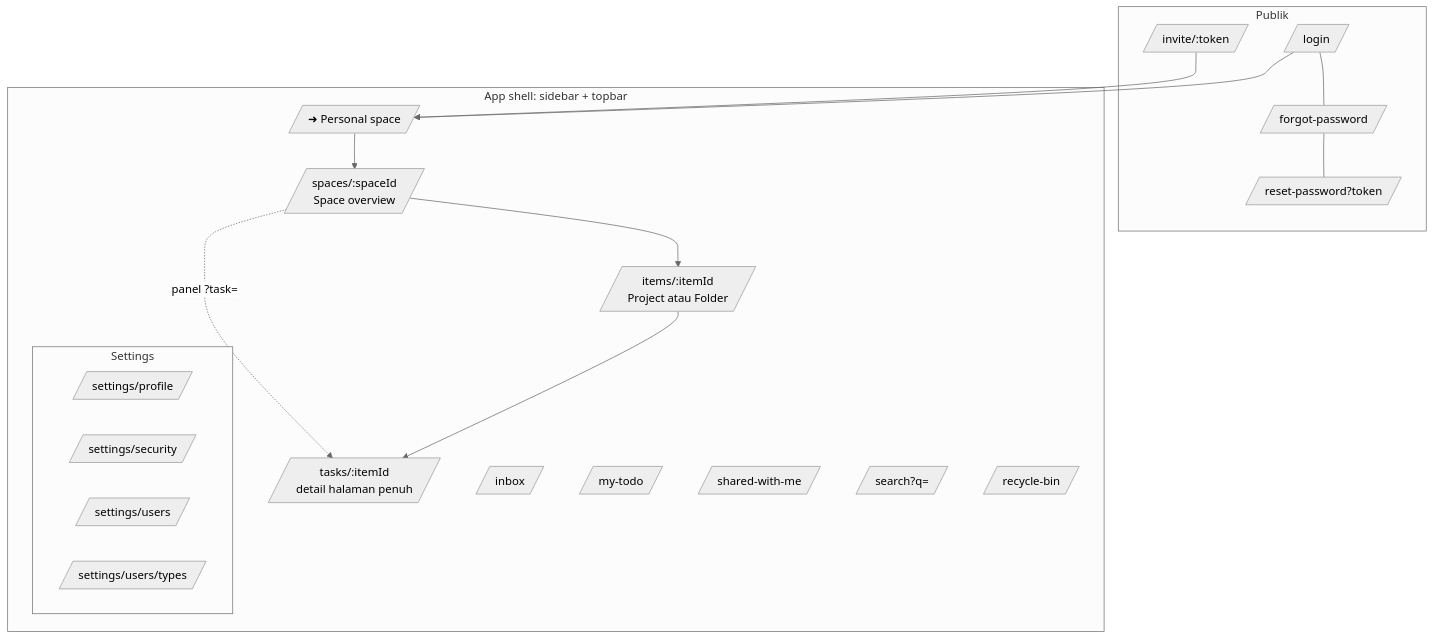
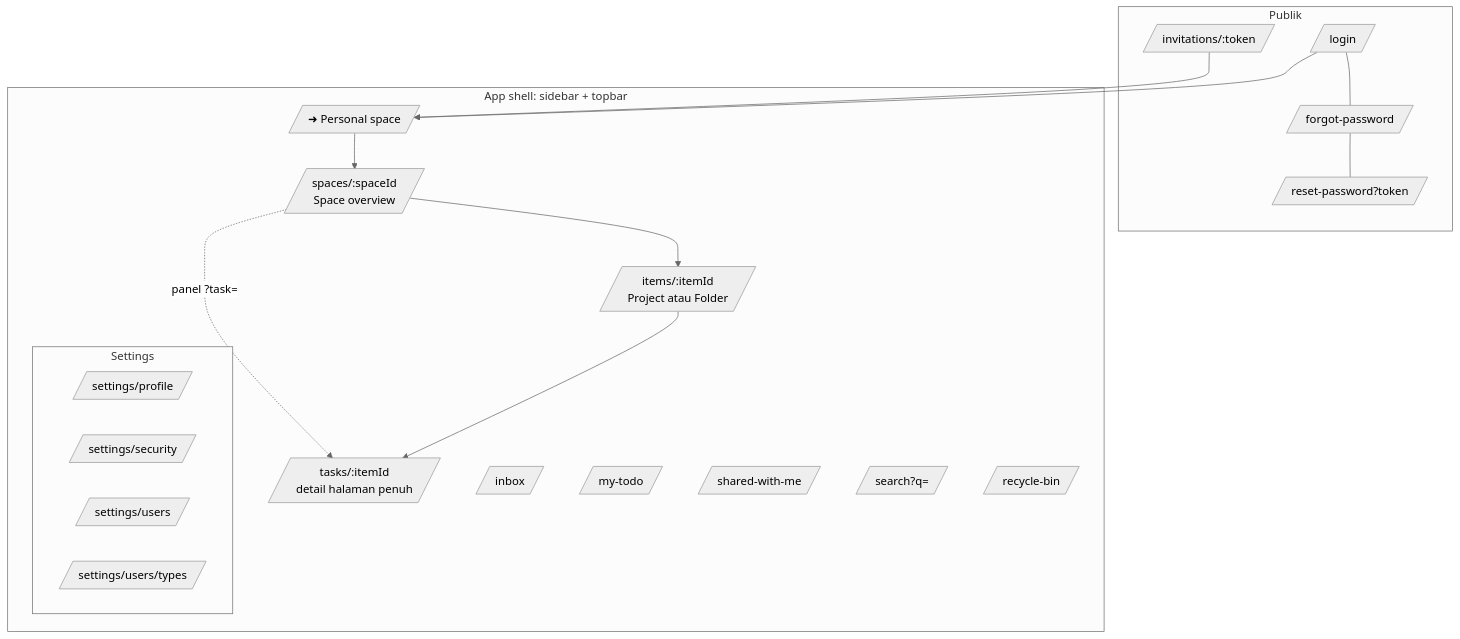
One commit to anissaefuddin/pms changed the first of 5 diagrams in docs/UI_SPEC.md. Above: the diagram before and after it, drawn with Mermaid (neutral theme). The commit also changed other lines of this file and 10 other files, not shown here.

````diff
--- a/docs/UI_SPEC.md
+++ b/docs/UI_SPEC.md
@@ -16,29 +16,29 @@
 ```mermaid
 flowchart TD
     subgraph Publik
       L[/login/] --- FP[/forgot-password/]
       FP --- RP[/reset-password?token/]
-      INV[/invite/:token/]
+      INV[/invitations/:token/]
     end
     subgraph Aplikasi[App shell: sidebar + topbar]
       H[/ ➜ Personal space/]
       SP[/spaces/:spaceId<br/>Space overview/]
       IT[/items/:itemId<br/>Project atau Folder/]
       TK[/tasks/:itemId<br/>detail halaman penuh/]
       IB[/inbox/]
       TD[/my-todo/]
       SH[/shared-with-me/]
       SR[/search?q=/]
       RB[/recycle-bin/]
       subgraph Settings
         SPf[/settings/profile/]
         SSe[/settings/security/]
         SUs[/settings/users/]
         SUt[/settings/users/types/]
       end
     end
     L --> H
     INV --> H
     H --> SP --> IT --> TK
     SP -.-> |panel ?task=| TK
 ```
````
